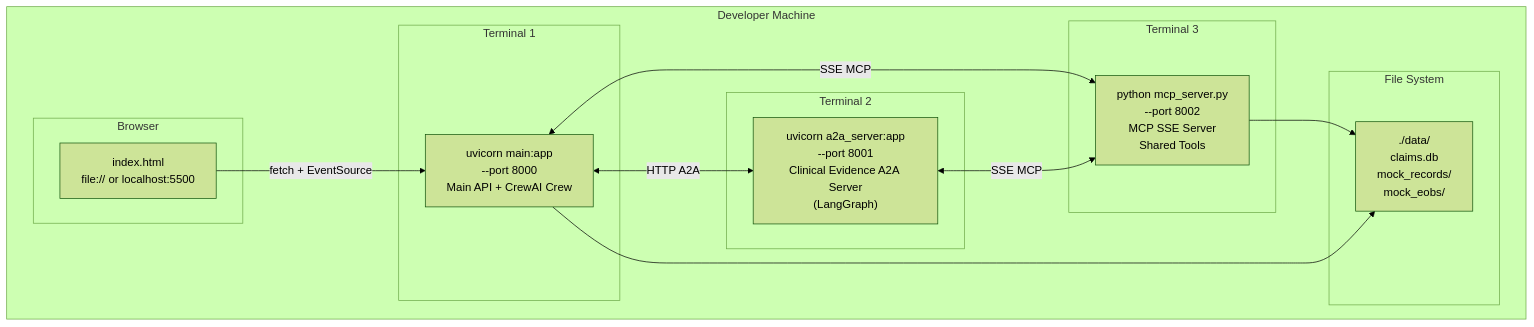
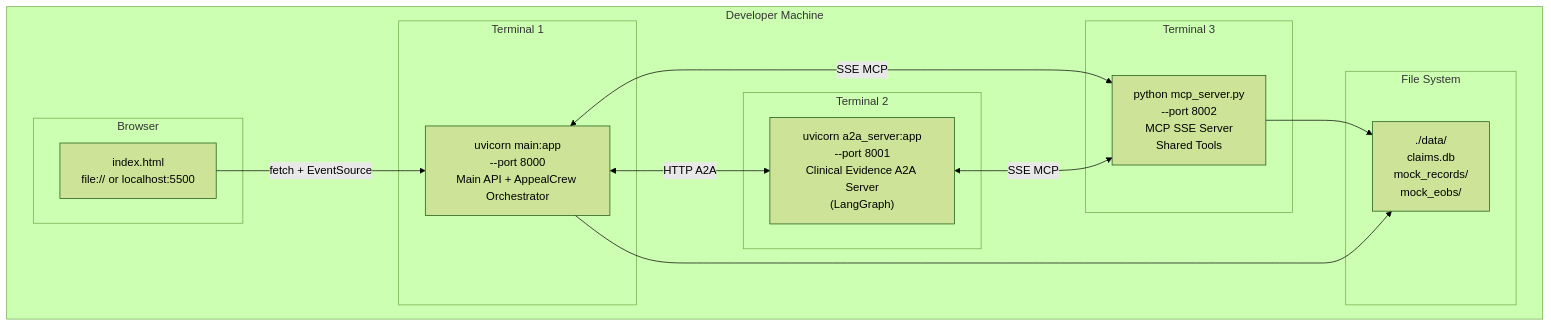
The third of 8 diagrams in _docs/02.clinical-denial-reversal-tech-spec.md (tuangatech/claim-reversal), drawn with Mermaid (forest theme) before and after one commit. The commit also changed other lines of this file and 5 other files, not shown here.

````diff
--- a/_docs/02.clinical-denial-reversal-tech-spec.md
+++ b/_docs/02.clinical-denial-reversal-tech-spec.md
@@ -238,26 +250,26 @@
 ```mermaid
 graph TD
     subgraph Developer Machine
         subgraph "Terminal 1"
-            P1["uvicorn main:app\n--port 8000\nMain API + CrewAI Crew"]
+            P1["uvicorn main:app\n--port 8000\nMain API + AppealCrew Orchestrator"]
         end
         subgraph "Terminal 2"
             P2["uvicorn a2a_server:app\n--port 8001\nClinical Evidence A2A Server\n(LangGraph)"]
         end
         subgraph "Terminal 3"
             P3["python mcp_server.py\n--port 8002\nMCP SSE Server\nShared Tools"]
         end
         subgraph "Browser"
             B["index.html\nfile:// or localhost:5500"]
         end
         subgraph "File System"
             FS["./data/\n  claims.db\n  mock_records/\n  mock_eobs/"]
         end
         P1 <-->|"HTTP A2A"| P2
         P1 <-->|"SSE MCP"| P3
         P2 <-->|"SSE MCP"| P3
         P3 --> FS
         P1 --> FS
         B -->|"fetch + EventSource"| P1
     end
 ```
````
